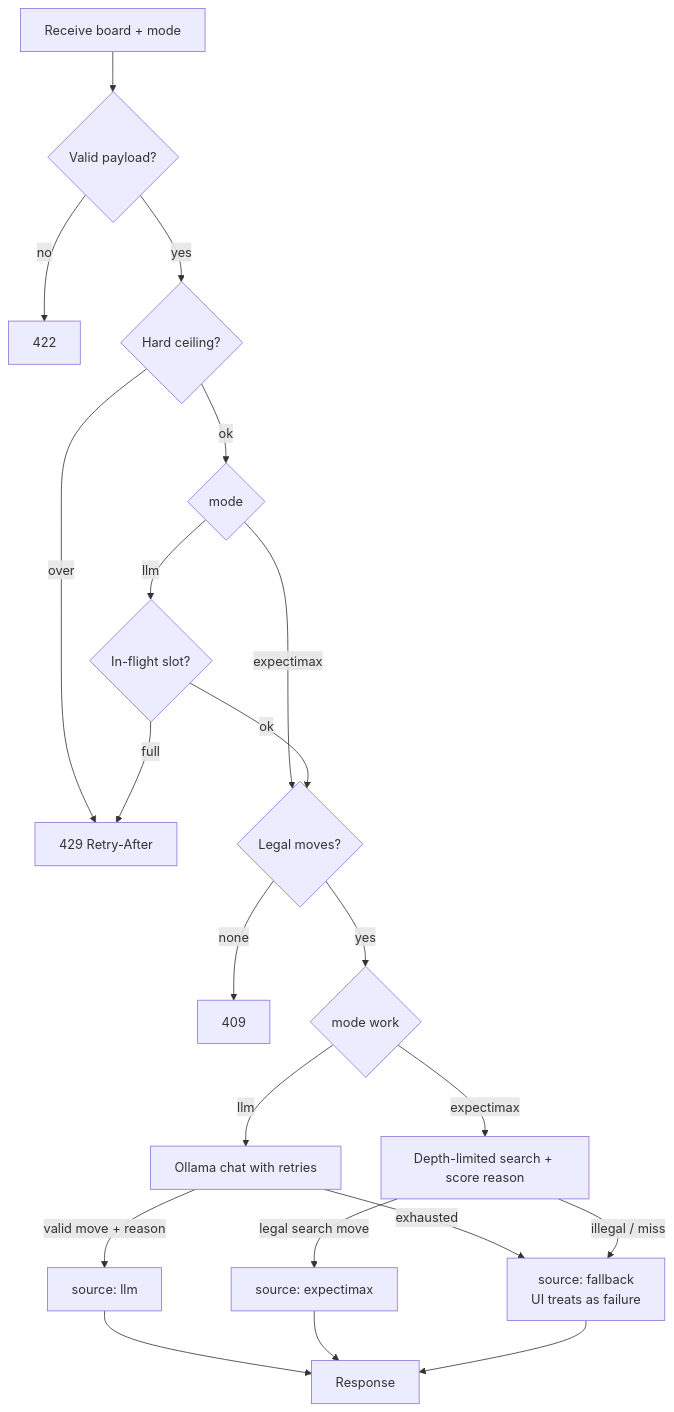
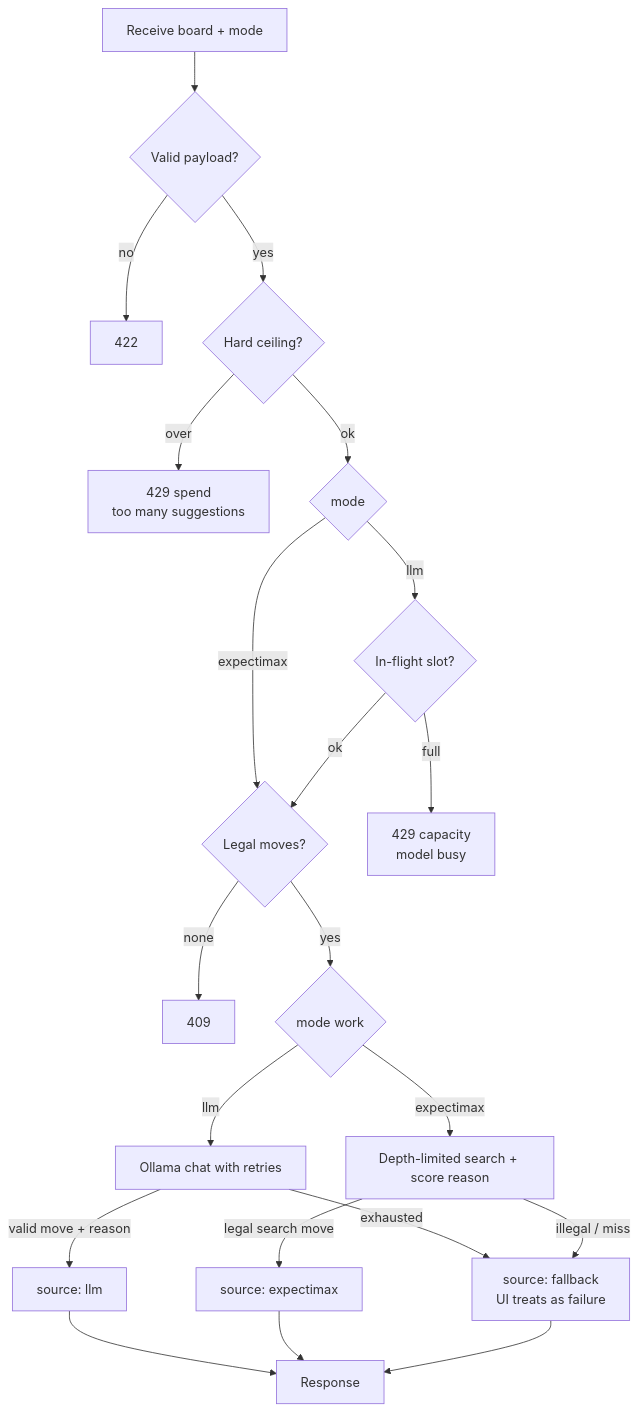
The second of 3 diagrams in docs/architecture.md (christycty/game-2048), drawn with Mermaid before and after one commit. The commit also changed other lines of this file and 5 other files, not shown here.

First line of the commit message:
Document capacity vs spend signals and chart reject reasons.

````diff
--- a/docs/architecture.md
+++ b/docs/architecture.md
@@ -27,23 +27,23 @@
 ```mermaid
 flowchart TD
   A[Receive board + mode] --> V{Valid payload?}
   V -->|no| U[422]
   V -->|yes| R{Hard ceiling?}
-  R -->|over| T[429 Retry-After]
+  R -->|over| TSpend[429 spend<br/>too many suggestions]
   R -->|ok| M{mode}
   M -->|expectimax| B{Legal moves?}
   M -->|llm| Cap{In-flight slot?}
-  Cap -->|full| T
+  Cap -->|full| TBusy[429 capacity<br/>model busy]
   Cap -->|ok| B
   B -->|none| C[409]
   B -->|yes| D{mode work}
   D -->|expectimax| E[Depth-limited search + score reason]
   D -->|llm| F[Ollama chat with retries]
   F -->|valid move + reason| G[source: llm]
   F -->|exhausted| H[source: fallback<br/>UI treats as failure]
   E -->|legal search move| I[source: expectimax]
   E -->|illegal / miss| H
   G --> J[Response]
   I --> J
   H --> J
 ```
````
